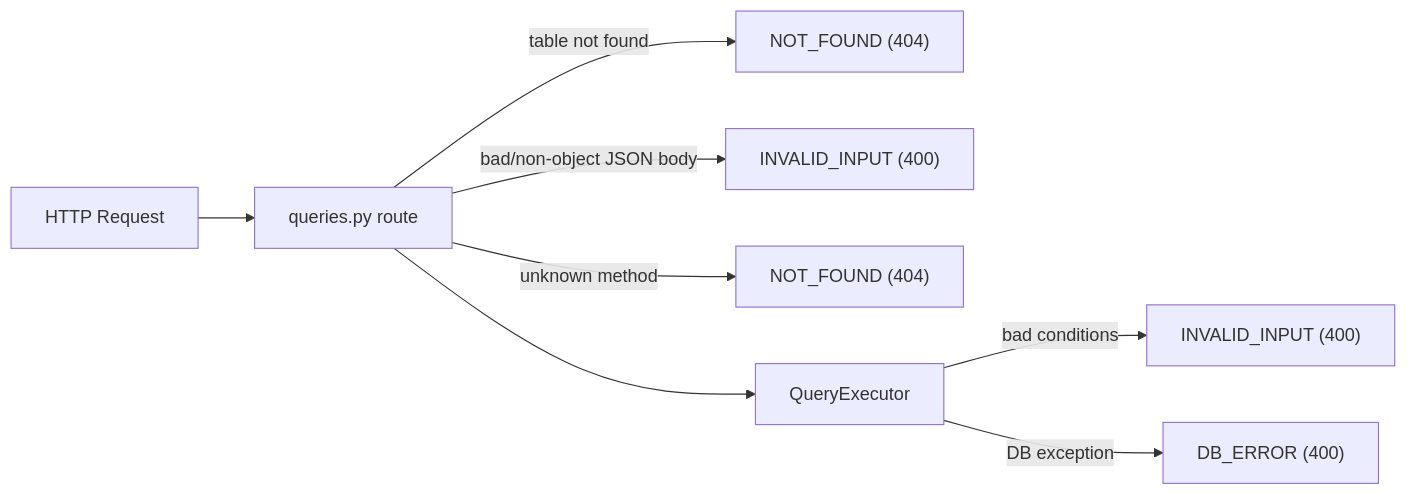
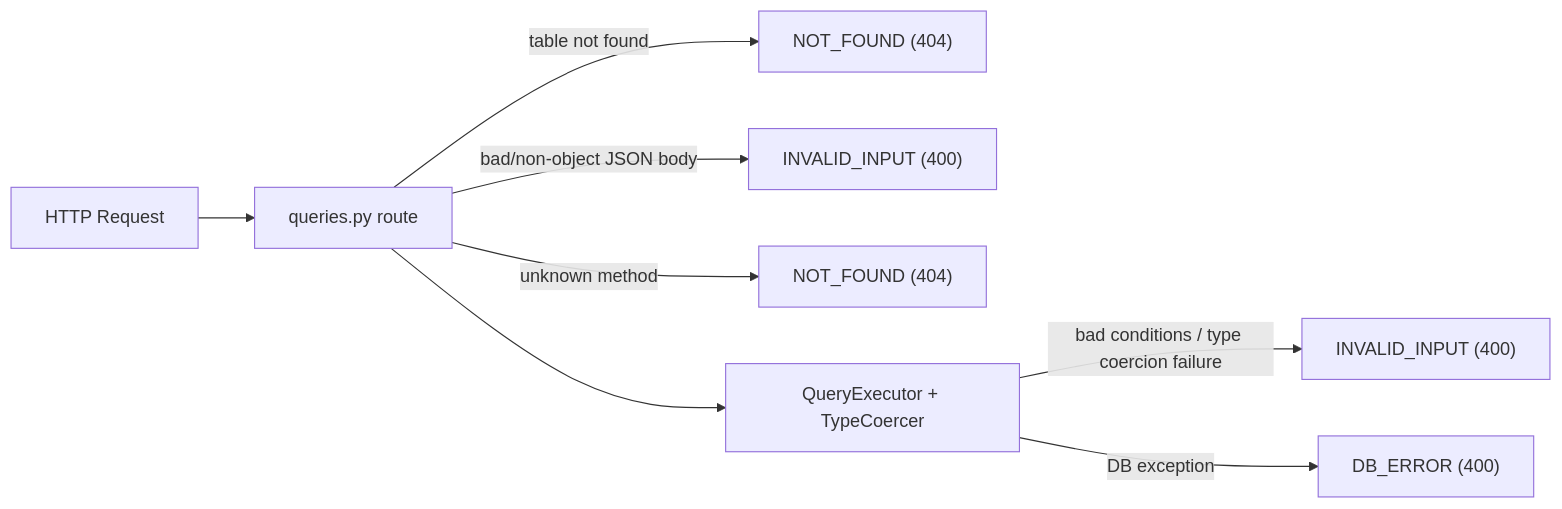
The sixth of 7 diagrams in knowledge/architecture.md (pfcc-keyi/AI_PLATFORM), drawn with Mermaid before and after one commit. The commit also changed other lines of this file and 15 other files, not shown here.

First line of the commit message:
Sync KB with data_platform docs, add table_constraints support, harden mock-data flows

````diff
--- a/knowledge/architecture.md
+++ b/knowledge/architecture.md
@@ -533,10 +550,10 @@
 ```mermaid
 flowchart LR
     HTTP["HTTP Request"] --> Route["queries.py route"]
     Route -->|"table not found"| E1["NOT_FOUND (404)"]
     Route -->|"bad/non-object JSON body"| E2["INVALID_INPUT (400)"]
     Route -->|"unknown method"| E3["NOT_FOUND (404)"]
-    Route --> QE["QueryExecutor"]
-    QE -->|"bad conditions"| E4["INVALID_INPUT (400)"]
+    Route --> QE["QueryExecutor + TypeCoercer"]
+    QE -->|"bad conditions / type coercion failure"| E4["INVALID_INPUT (400)"]
     QE -->|"DB exception"| E5["DB_ERROR (400)"]
 ```
````
